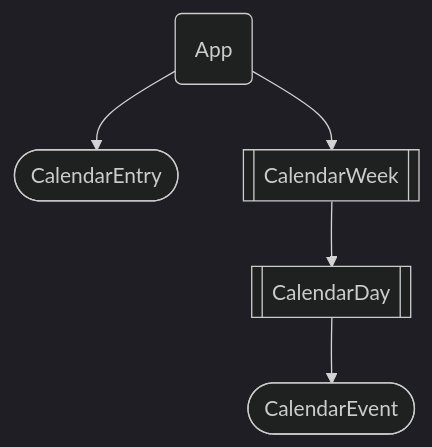
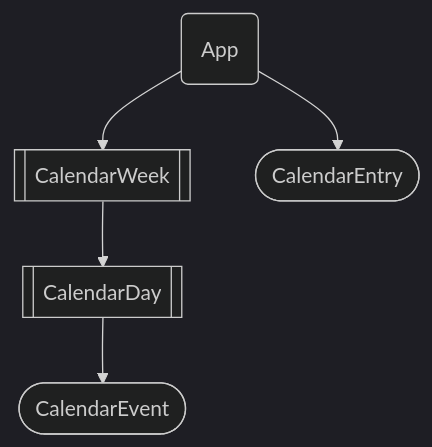
One commit to frzhen/vue-calendar changed the first of 3 diagrams in README.md. Above: the diagram before and after it, drawn with Mermaid (dark theme). The commit also changed other lines of this file, not shown here.

Commit message:
Added PlantUML in README.md

````diff
--- a/README.md
+++ b/README.md
@@ -37,7 +37,7 @@
 ```mermaid
 graph TD;
-    id1(App)-->id2([CalendarEntry])
     id1(App)-->id3[[CalendarWeek]]
     id3[[CalendarWeek]]-->id4[[CalendarDay]]
     id4[[CalendarDay]]-->id5([CalendarEvent])
+    id1(App)-->id2([CalendarEntry])
 ```
````
